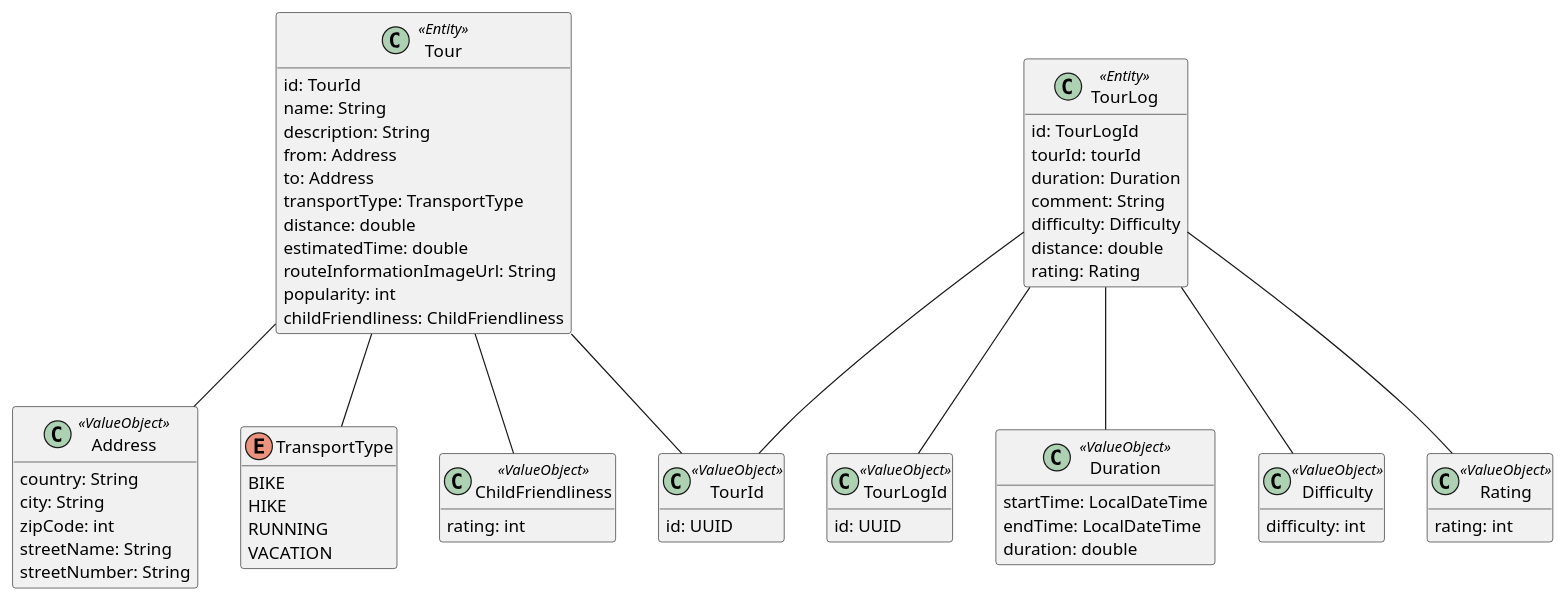
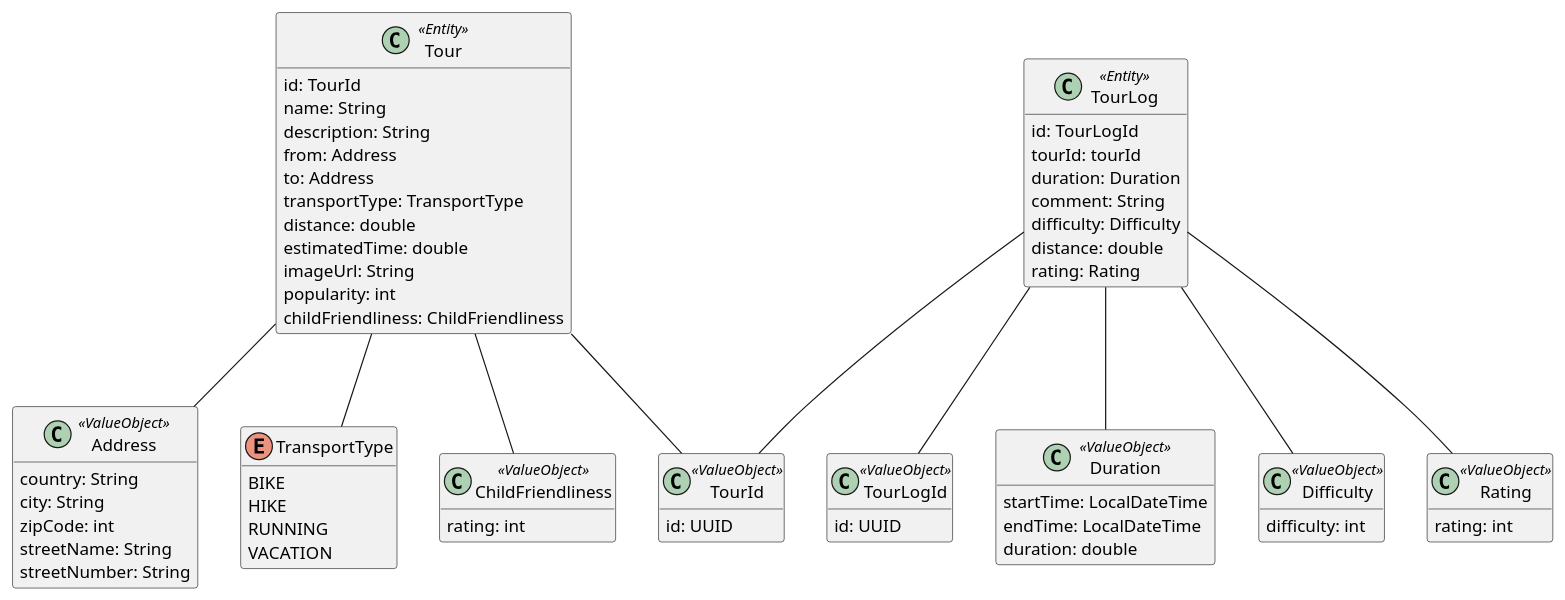
One commit to ThomasBoigner/BIF4-SWEN-Tour-Planner-Server changed the diagram in src/docs/DomainModel.puml. Above: the diagram before and after it, drawn with PlantUML. The commit also changed 11 other files, not shown here.

```diff
--- a/src/docs/DomainModel.puml
+++ b/src/docs/DomainModel.puml
@@ -1,81 +1,81 @@
 @startuml
 hide methods
 
 class Tour <<Entity>> {
     id: TourId
     name: String
     description: String
     from: Address
     to: Address
     transportType: TransportType
     distance: double
     estimatedTime: double
-    routeInformationImageUrl: String
+    imageUrl: String
     popularity: int
     childFriendliness: ChildFriendliness
 }
 
 class TourId <<ValueObject>> {
     id: UUID
 }
 
 class Address <<ValueObject>> {
     country: String
     city: String
     zipCode: int
     streetName: String
     streetNumber: String
 }
 
 enum TransportType {
     BIKE
     HIKE
     RUNNING
     VACATION
 }
 
 class ChildFriendliness <<ValueObject>> {
     rating: int
 }
 
 class TourLog <<Entity>> {
     id: TourLogId
     tourId: tourId
     duration: Duration
     comment: String
     difficulty: Difficulty
     distance: double
     rating: Rating
 }
 
 class TourLogId <<ValueObject>> {
     id: UUID
 }
 
 class Duration <<ValueObject>> {
     startTime: LocalDateTime
     endTime: LocalDateTime
     duration: double
 }
 
 class Difficulty <<ValueObject>> {
     difficulty: int
 }
 
 class Rating <<ValueObject>> {
     rating: int
 }
 
 Tour -- TourId
 Tour -- Address
 Tour -- TransportType
 Tour -- ChildFriendliness
 
 TourLog -- TourLogId
 TourLog -- TourId
 TourLog -- Duration
 TourLog -- Difficulty
 TourLog -- Rating
 
 
 @enduml
```
